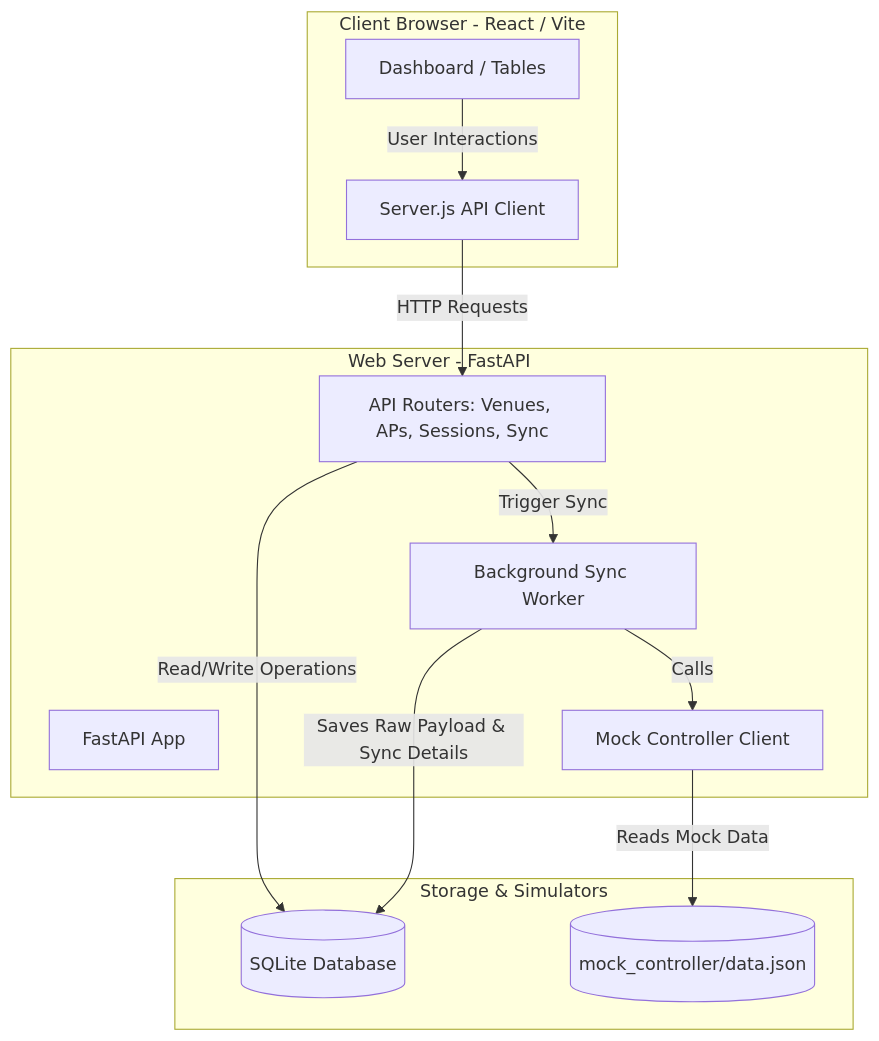
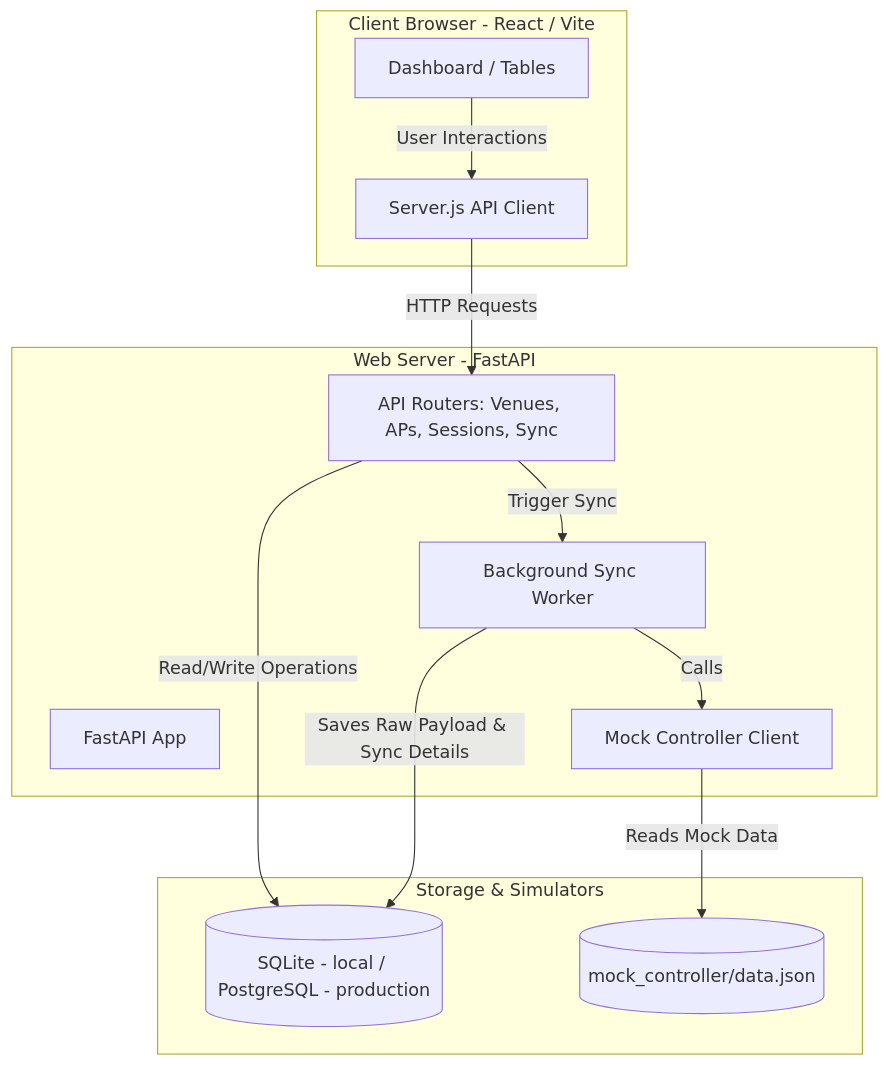
The diagram in README.md (BelchiorAI/wifi-controller), drawn with Mermaid before and after one commit. The commit also changed other lines of this file and 6 other files, not shown here.

Commit message:
feat: implement production deployment configuration for Render and Vercel with PostgreSQL support

````diff
--- a/README.md
+++ b/README.md
@@ -11,27 +11,27 @@
 ```mermaid
 graph TD
     subgraph Frontend [Client Browser - React / Vite]
         UI[Dashboard / Tables]
         API_Client[Server.js API Client]
     end
 
     subgraph Backend [Web Server - FastAPI]
         App[FastAPI App]
         Routers[API Routers: Venues, APs, Sessions, Sync]
         BG_Task[Background Sync Worker]
         Mock_Client[Mock Controller Client]
     end
 
     subgraph Storage & Simulators
-        DB[(SQLite Database)]
+        DB[(SQLite - local / PostgreSQL - production)]
         Mock_JSON[(mock_controller/data.json)]
     end
 
     UI -->|User Interactions| API_Client
     API_Client -->|HTTP Requests| Routers
     Routers -->|Read/Write Operations| DB
     Routers -->|Trigger Sync| BG_Task
     BG_Task -->|Calls| Mock_Client
     Mock_Client -->|Reads Mock Data| Mock_JSON
     BG_Task -->|Saves Raw Payload & Sync Details| DB
 ```
````
